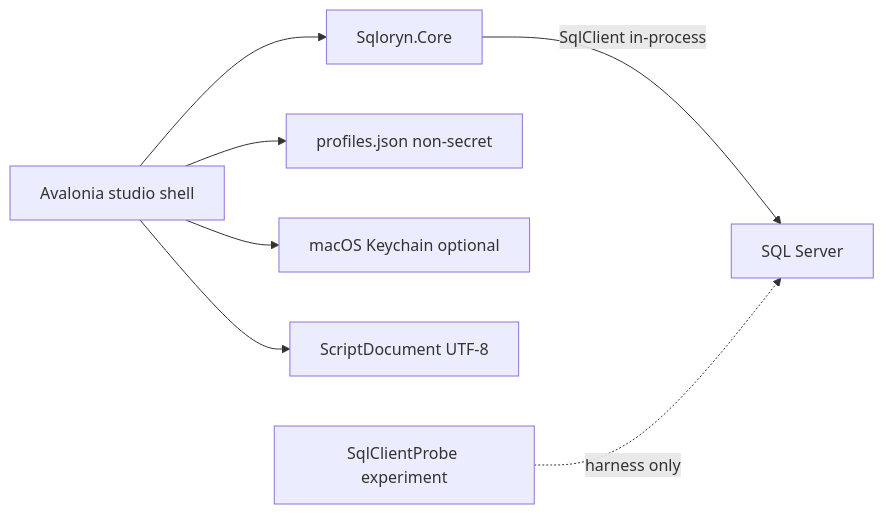
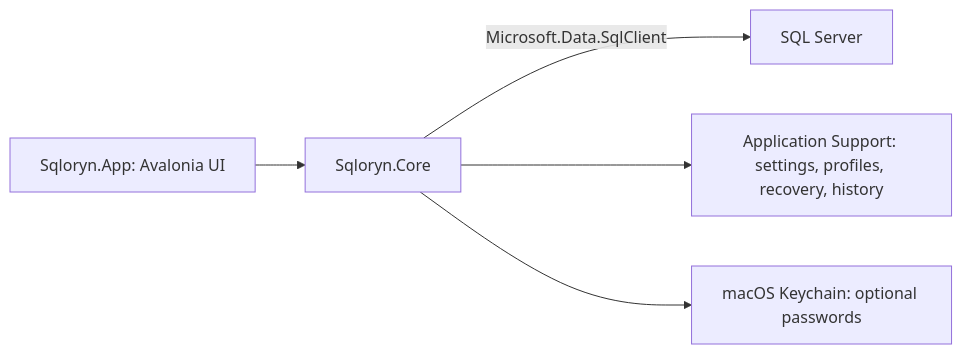
Before and after one commit to angaravasist/sqloryn: the diagram in docs/ARCHITECTURE.md, drawn with Mermaid. The commit also changed other lines of this file and 36 other files, not shown here.

````diff
--- a/docs/ARCHITECTURE.md
+++ b/docs/ARCHITECTURE.md
@@ -9,9 +5,7 @@
 ```mermaid
 flowchart LR
-  UI[Avalonia studio shell] --> Core[Sqloryn.Core]
-  Core -->|SqlClient in-process| SQL[SQL Server]
-  UI --> Profiles[profiles.json non-secret]
-  UI --> Keychain[macOS Keychain optional]
-  UI --> Docs[ScriptDocument UTF-8]
-  Probe[SqlClientProbe experiment] -. harness only .-> SQL
+  UI[Sqloryn.App: Avalonia UI] --> Core[Sqloryn.Core]
+  Core -->|Microsoft.Data.SqlClient| SQL[SQL Server]
+  Core --> Files[Application Support: settings, profiles, recovery, history]
+  Core --> Keychain[macOS Keychain: optional passwords]
 ```
````
